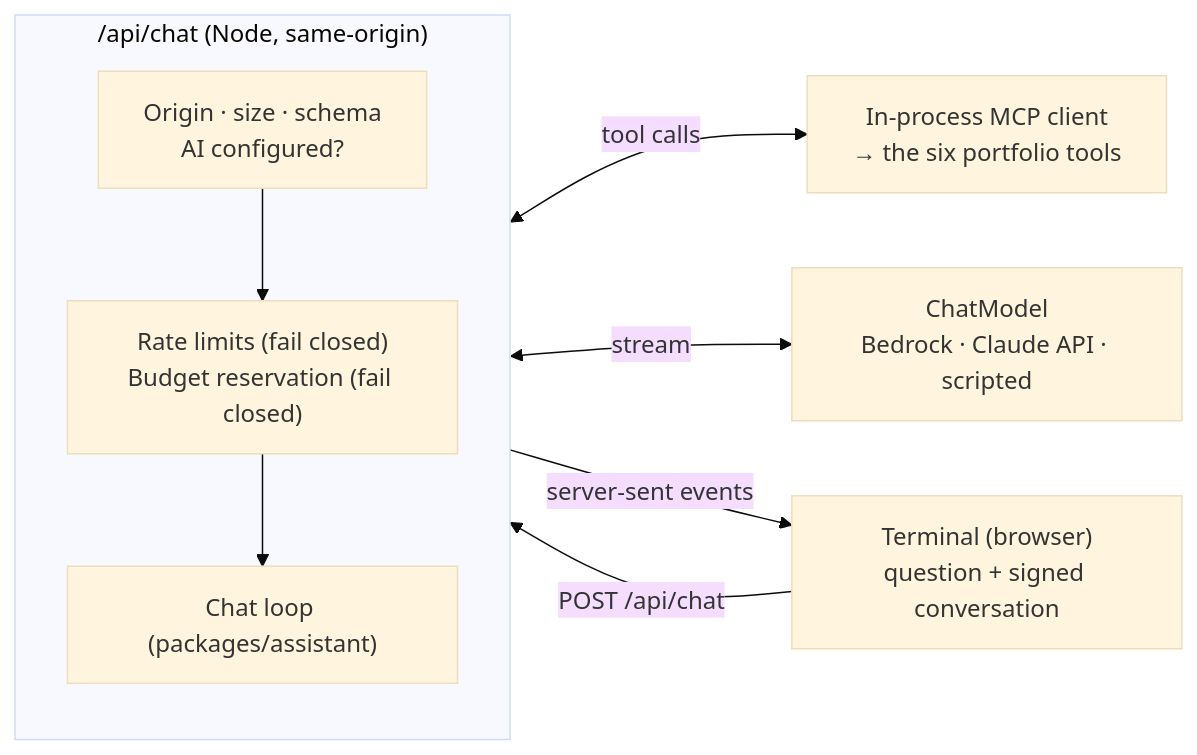
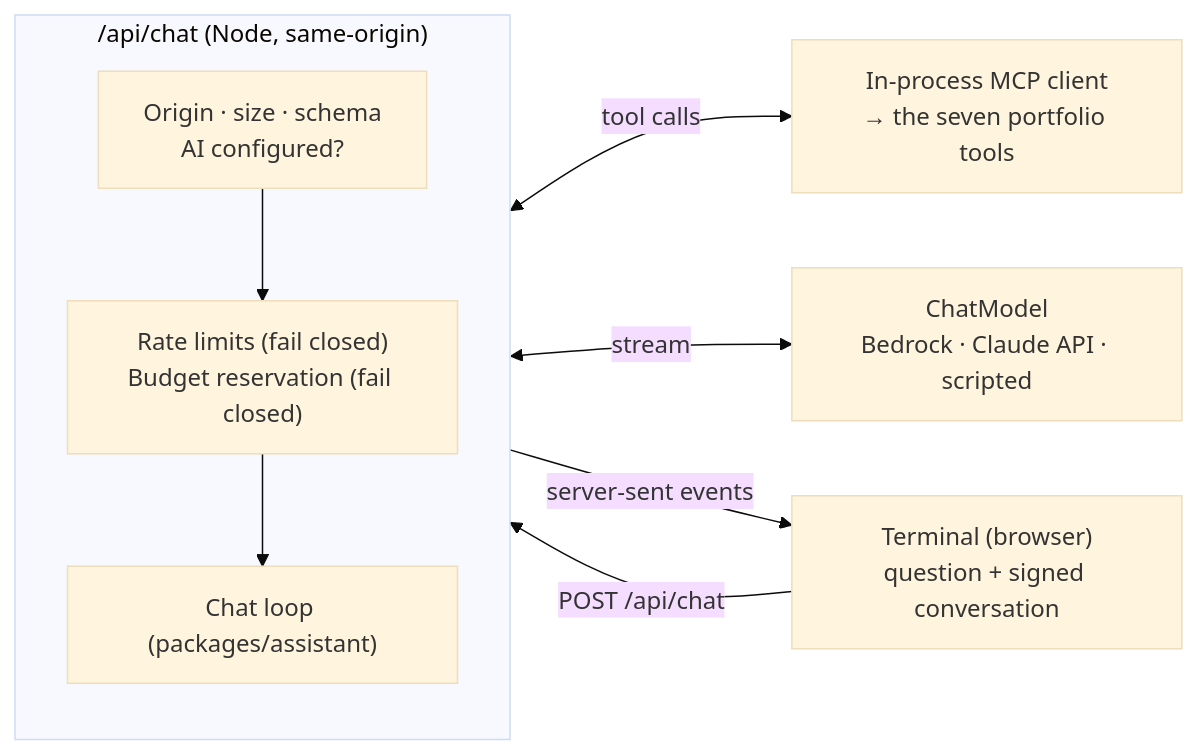
One commit to Alex90Jennings/terminal-mcp-portfolio changed the diagram in docs/AI.md. Above: the diagram before and after it, drawn with Mermaid (base theme). The commit also changed other lines of this file and 121 other files, not shown here.

````diff
--- a/docs/AI.md
+++ b/docs/AI.md
@@ -10,12 +10,12 @@
 ```mermaid
 flowchart LR
   terminal["Terminal (browser)<br/>question + signed conversation"] -->|POST /api/chat| route
   subgraph route["/api/chat (Node, same-origin)"]
     direction TB
     checks["Origin · size · schema<br/>AI configured?"] --> limits["Rate limits (fail closed)<br/>Budget reservation (fail closed)"]
     limits --> loop["Chat loop (packages/assistant)"]
   end
-  loop <-->|tool calls| mcp["In-process MCP client<br/>→ the six portfolio tools"]
+  loop <-->|tool calls| mcp["In-process MCP client<br/>→ the seven portfolio tools"]
   loop <-->|stream| model["ChatModel<br/>Bedrock · Claude API · scripted"]
   route -->|server-sent events| terminal
 ```
````
